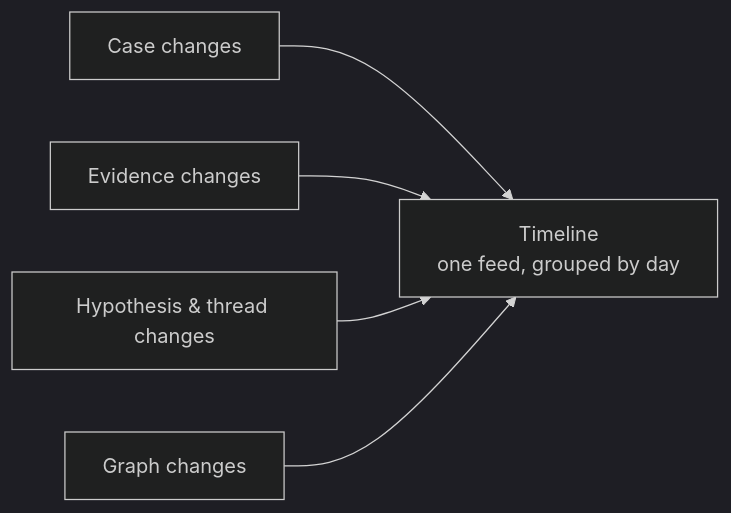
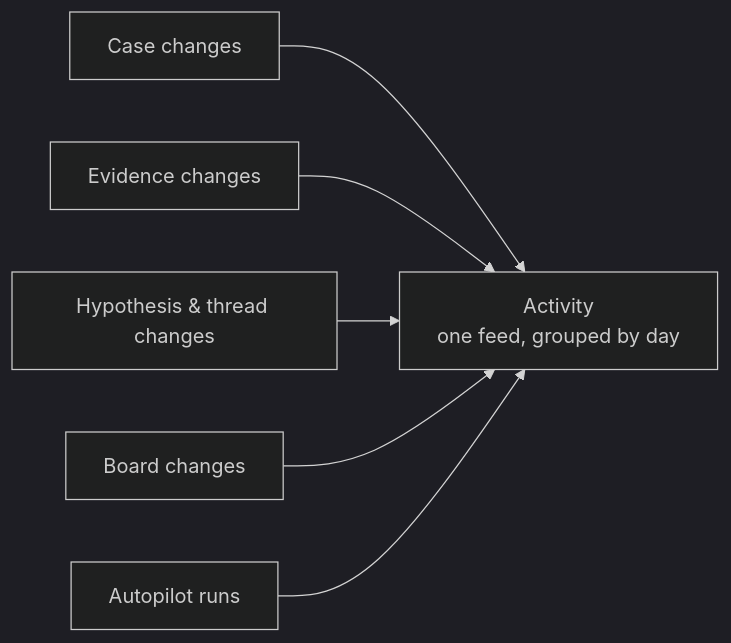
Before and after one commit to classifyre/classifyre: the diagram in apps/docs/app/investigations/cases/timeline/page.mdx, drawn with Mermaid (dark theme). The commit also changed other lines of this file and 154 other files, not shown here.

````diff
--- a/apps/docs/app/investigations/cases/timeline/page.mdx
+++ b/apps/docs/app/investigations/cases/timeline/page.mdx
@@ -13,13 +24,15 @@
 ```mermaid
 graph LR
     Case["Case changes"]
     Evidence["Evidence changes"]
     Threads["Hypothesis & thread changes"]
-    Graph["Graph changes"]
-    Feed["Timeline<br/>one feed, grouped by day"]
+    Board["Board changes"]
+    AI["Autopilot runs"]
+    Feed["Activity<br/>one feed, grouped by day"]
 
     Case --> Feed
     Evidence --> Feed
     Threads --> Feed
-    Graph --> Feed
+    Board --> Feed
+    AI --> Feed
 ```
````
